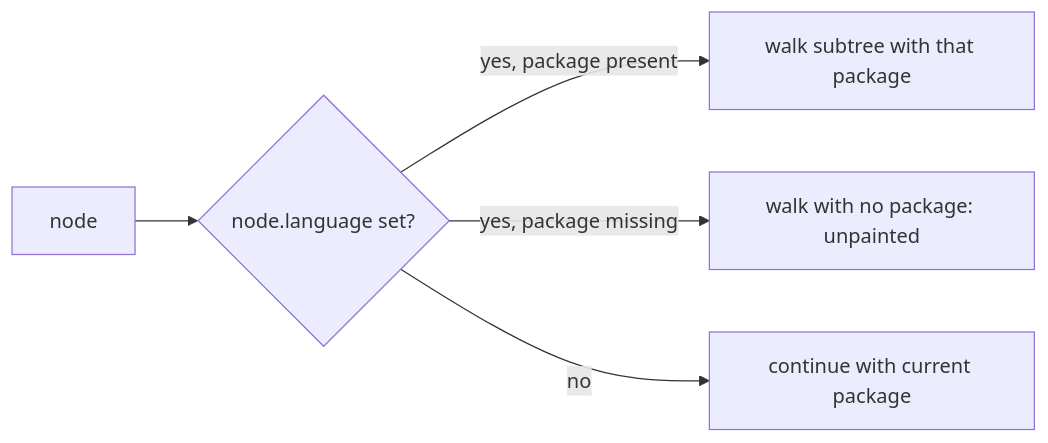
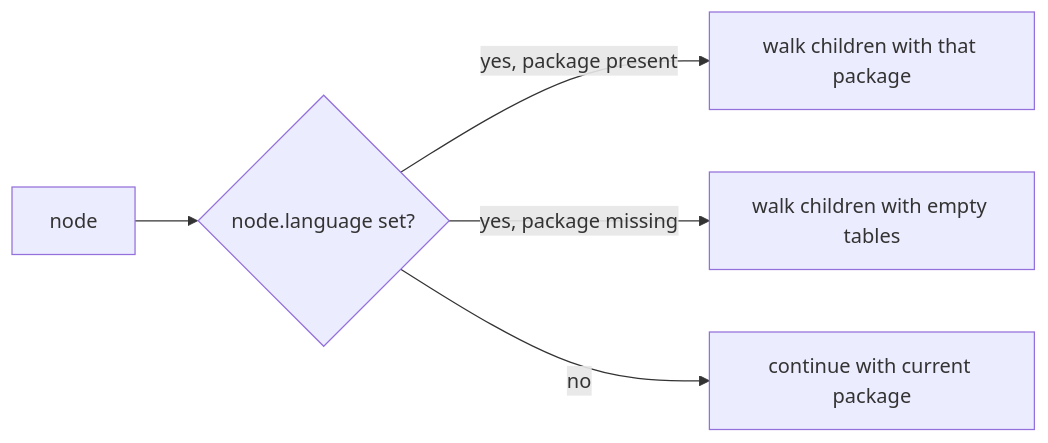
One commit to dbalmain/edit-tools changed the third of 3 diagrams in docs/highlight-design.md. Above: the diagram before and after it, drawn with Mermaid. The commit also changed other lines of this file, not shown here.

First line of the commit message:
docs: close the highlight-package walk holes

````diff
--- a/docs/highlight-design.md
+++ b/docs/highlight-design.md
@@ -690,7 +865,7 @@
 ```mermaid
 flowchart LR
   N[node] --> L{node.language set?}
-  L -->|yes, package present| P[walk subtree with that package]
-  L -->|yes, package missing| U[walk with no package: unpainted]
+  L -->|yes, package present| P[walk children with that package]
+  L -->|yes, package missing| U[walk children with empty tables]
   L -->|no| C[continue with current package]
 ```
````
